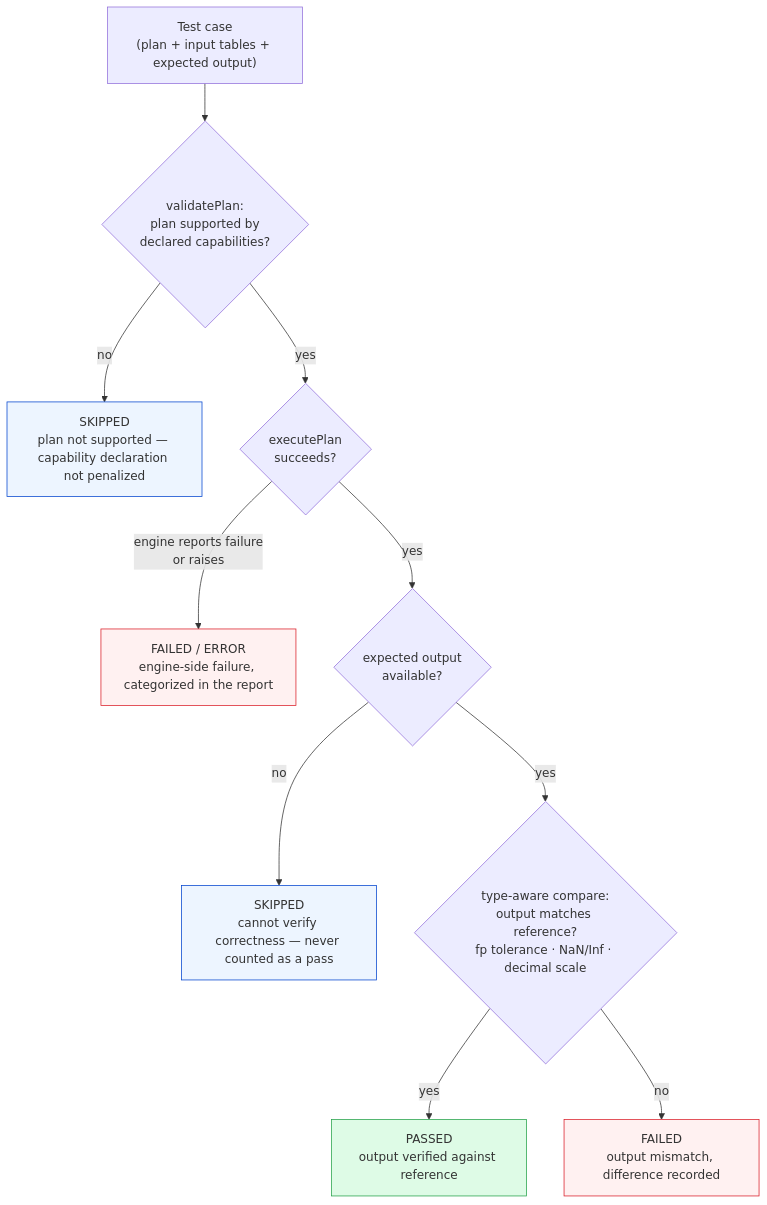
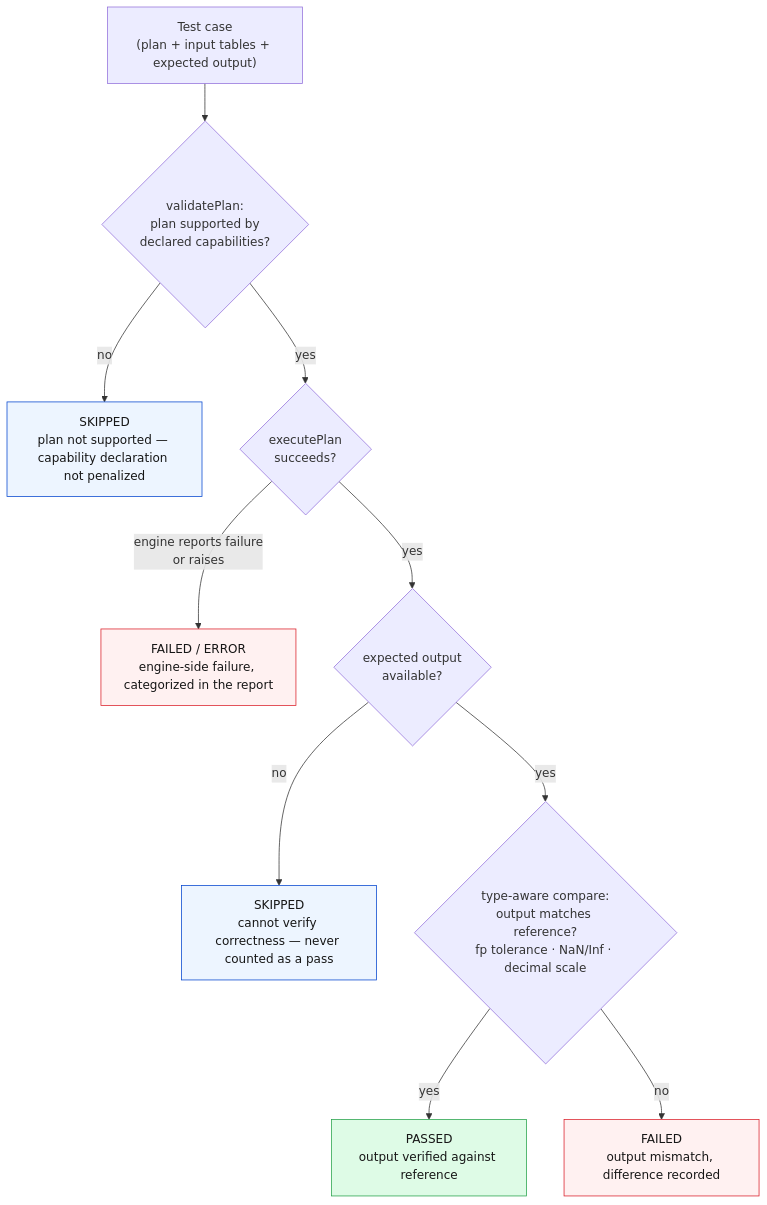
Before and after one commit to IBM/substrait-compliance: the second of 2 diagrams in docs/INTRODUCTION.md, drawn with Mermaid.

Commit message:
docs: update INTRODUCTION.md mermaid diagram styling

````diff
--- a/docs/INTRODUCTION.md
+++ b/docs/INTRODUCTION.md
@@ -96,18 +96,18 @@
 ```mermaid
 flowchart TD
     T["Test case<br/>(plan + input tables + expected output)"] --> V{"validatePlan:<br/>plan supported by<br/>declared capabilities?"}
     V -->|no| S1["SKIPPED<br/>plan not supported — capability declaration not penalized"]
     V -->|yes| X{"executePlan<br/>succeeds?"}
     X -->|"engine reports failure<br/>or raises"| F1["FAILED / ERROR<br/>engine-side failure, categorized in the report"]
     X -->|yes| E{"expected output<br/>available?"}
     E -->|no| S2["SKIPPED<br/>cannot verify correctness — never counted as a pass"]
     E -->|yes| C{"type-aware compare:<br/>output matches reference?<br/>fp tolerance · NaN/Inf · decimal scale"}
     C -->|yes| P["PASSED<br/>output verified against reference"]
     C -->|no| F2["FAILED<br/>output mismatch, difference recorded"]
 
-    style P fill:#defbe6,stroke:#24a148
-    style F1 fill:#fff1f1,stroke:#da1e28
-    style F2 fill:#fff1f1,stroke:#da1e28
-    style S1 fill:#edf5ff,stroke:#0043ce
-    style S2 fill:#edf5ff,stroke:#0043ce
+    style P fill:#defbe6,stroke:#24a148,color:#161616
+    style F1 fill:#fff1f1,stroke:#da1e28,color:#161616
+    style F2 fill:#fff1f1,stroke:#da1e28,color:#161616
+    style S1 fill:#edf5ff,stroke:#0043ce,color:#161616
+    style S2 fill:#edf5ff,stroke:#0043ce,color:#161616
 ```
````
